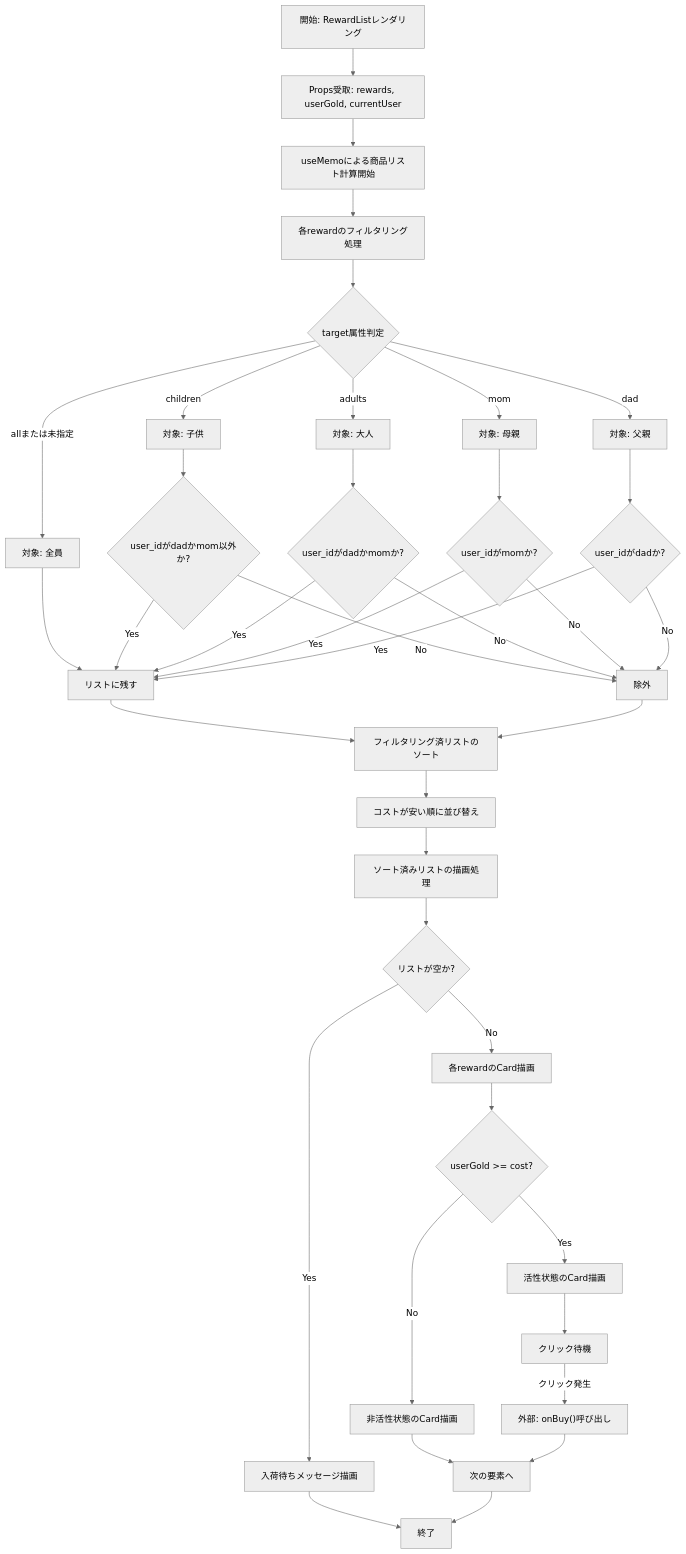
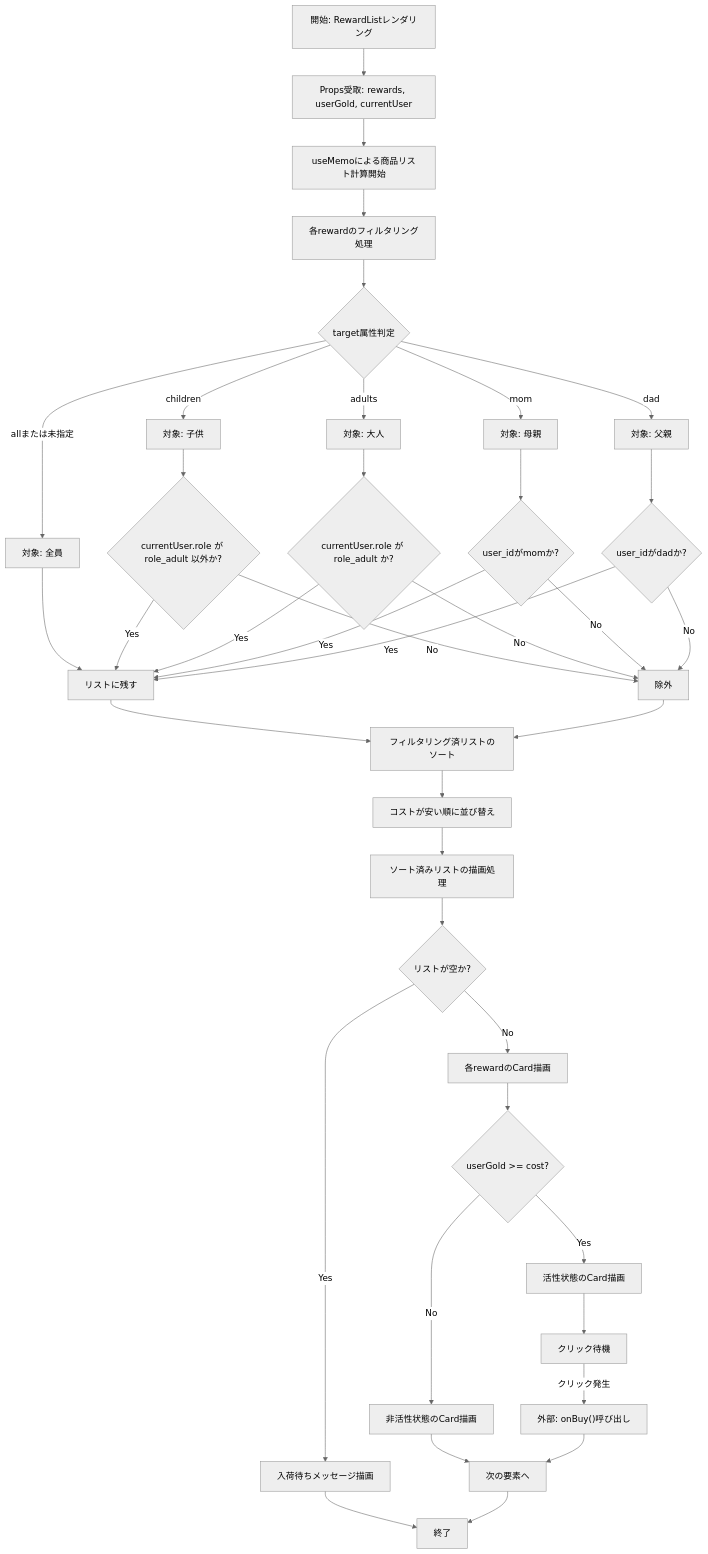
One commit to mmtigers/my_python_project changed the first of 2 diagrams in docs/specifications/family-quest/src/features/shop/components/RewardList.md. Above: the diagram before and after it, drawn with Mermaid (neutral theme). The commit also changed other lines of this file and 9 other files, not shown here.

````diff
--- a/docs/specifications/family-quest/src/features/shop/components/RewardList.md
+++ b/docs/specifications/family-quest/src/features/shop/components/RewardList.md
@@ -65,51 +67,51 @@
 ```mermaid
 flowchart TD
     Start[開始: RewardListレンダリング] --> PropsCheck[Props受取: rewards, userGold, currentUser]
     PropsCheck --> UseMemo[useMemoによる商品リスト計算開始]
     UseMemo --> FilterLoop[各rewardのフィルタリング処理]
     
     FilterLoop --> TargetCheck{target属性判定}
     TargetCheck -- "all"または未指定 --> TargetAll[対象: 全員]
     TargetCheck -- "children" --> TargetChildren[対象: 子供]
     TargetCheck -- "adults" --> TargetAdults[対象: 大人]
     TargetCheck -- "mom" --> TargetMom[対象: 母親]
     TargetCheck -- "dad" --> TargetDad[対象: 父親]
     
     TargetAll --> FilterKeep[リストに残す]
-    TargetChildren --> IsAdultCheck1{user_idがdadかmom以外か?}
-    TargetAdults --> IsAdultCheck2{user_idがdadかmomか?}
+    TargetChildren --> IsAdultCheck1{currentUser.role が role_adult 以外か?}
+    TargetAdults --> IsAdultCheck2{currentUser.role が role_adult か?}
     TargetMom --> IsMomCheck{user_idがmomか?}
     TargetDad --> IsDadCheck{user_idがdadか?}
     
     IsAdultCheck1 -- Yes --> FilterKeep
     IsAdultCheck1 -- No --> FilterDrop[除外]
     IsAdultCheck2 -- Yes --> FilterKeep
     IsAdultCheck2 -- No --> FilterDrop
     IsMomCheck -- Yes --> FilterKeep
     IsMomCheck -- No --> FilterDrop
     IsDadCheck -- Yes --> FilterKeep
     IsDadCheck -- No --> FilterDrop
     
     FilterKeep --> SortProcess[フィルタリング済リストのソート]
     FilterDrop --> SortProcess
     
     SortProcess --> CompareCost[コストが安い順に並び替え]
     CompareCost --> MapProcess[ソート済みリストの描画処理]
     
     MapProcess --> IsEmpty{リストが空か?}
     IsEmpty -- Yes --> RenderEmpty[入荷待ちメッセージ描画]
     IsEmpty -- No --> RenderLoop[各rewardのCard描画]
     
     RenderLoop --> CalcAffordability{userGold >= cost?}
     CalcAffordability -- Yes --> RenderAffordable[活性状態のCard描画]
     CalcAffordability -- No --> RenderUnaffordable[非活性状態のCard描画]
     
     RenderAffordable --> ClickWait[クリック待機]
     RenderUnaffordable --> NextItem[次の要素へ]
     
     ClickWait -- "クリック発生" --> FireOnBuy["外部: onBuy()呼び出し"]
     FireOnBuy --> NextItem
     RenderEmpty --> End[終了]
     NextItem --> End
 
 ```
````
